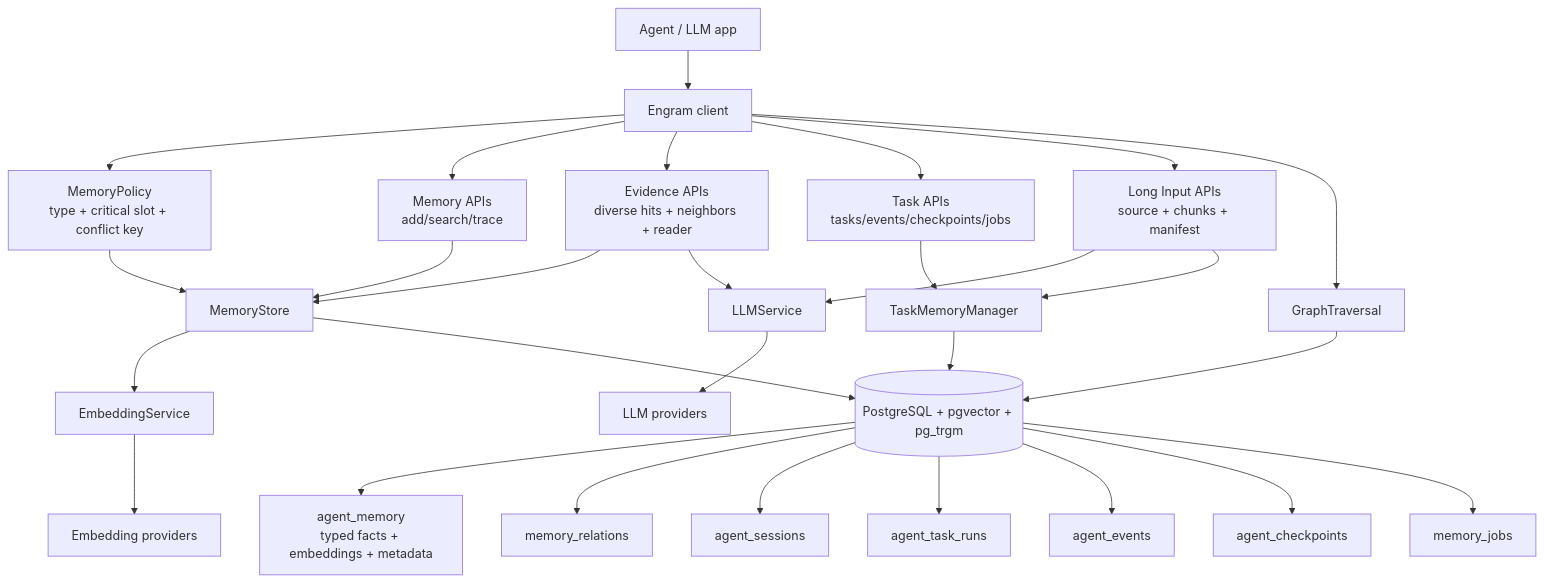
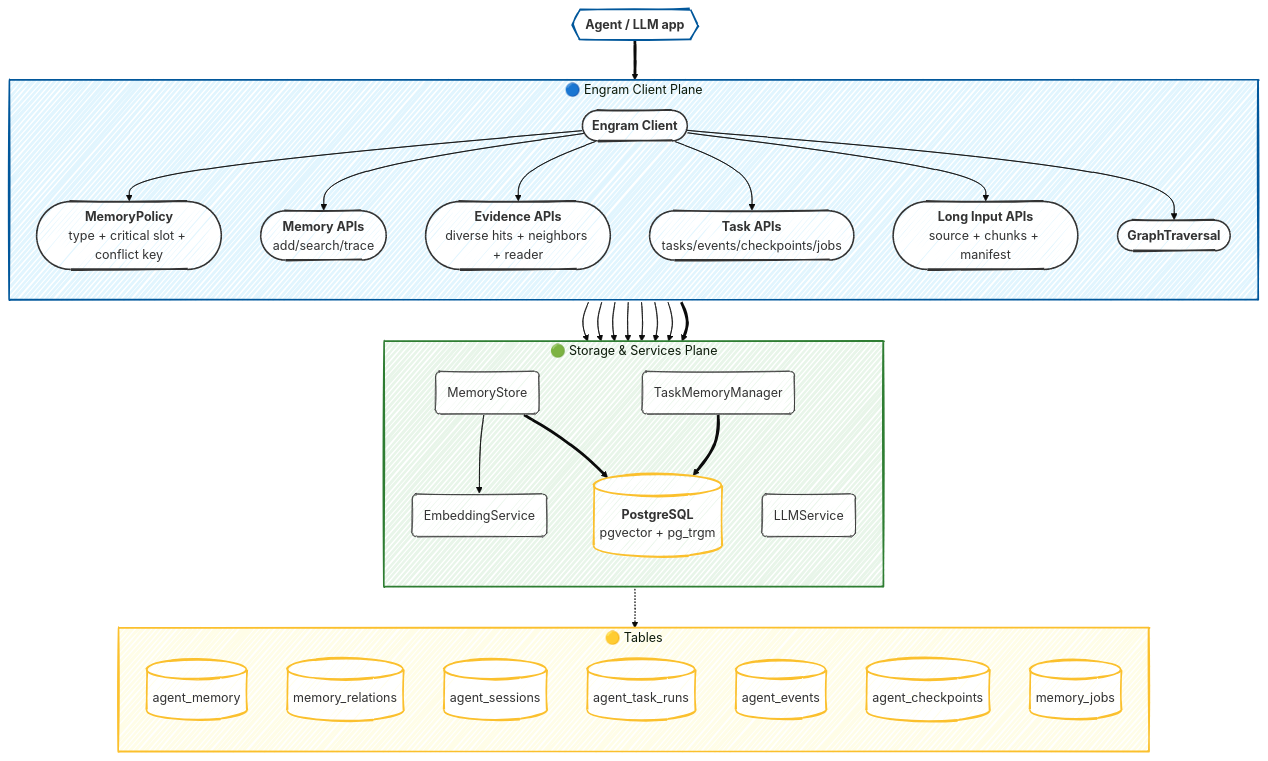
Before and after one commit to ahammadnafiz/engram: the first of 9 diagrams in docs/diagrams.md, drawn with Mermaid. The commit also changed other lines of this file and 27 other files, not shown here.

````diff
--- a/docs/diagrams.md
+++ b/docs/diagrams.md
@@ -5,34 +5,77 @@
 ```mermaid
+---
+config:
+  theme: base
+  look: handDrawn
+  themeVariables:
+    primaryColor: '#e1f5fe'
+    secondaryColor: '#fffde7'
+    tertiaryColor: '#f3e5f5'
+    fourthColor: '#e8f5e9'
+---
 flowchart TD
-    App["Agent / LLM app"] --> Client["Engram client"]
+    %% Input
+    App{{<b>Agent / LLM app</b>}}
 
-    Client --> Policy["MemoryPolicy<br/>type + critical slot + conflict key"]
-    Client --> MemoryAPI["Memory APIs<br/>add/search/trace"]
-    Client --> EvidenceAPI["Evidence APIs<br/>diverse hits + neighbors + reader"]
-    Client --> TaskAPI["Task APIs<br/>tasks/events/checkpoints/jobs"]
-    Client --> LongInput["Long Input APIs<br/>source + chunks + manifest"]
-    Client --> Graph["GraphTraversal"]
+    %% Client Plane
+    subgraph CLIENT_PLANE ["🔵 Engram Client Plane"]
+        direction TB
+        Client([<b>Engram Client</b>])
+        Policy([<b>MemoryPolicy</b><br/>type + critical slot + conflict key])
+        MemoryAPI([<b>Memory APIs</b><br/>add/search/trace])
+        EvidenceAPI([<b>Evidence APIs</b><br/>diverse hits + neighbors + reader])
+        TaskAPI([<b>Task APIs</b><br/>tasks/events/checkpoints/jobs])
+        LongInput([<b>Long Input APIs</b><br/>source + chunks + manifest])
+        Graph([<b>GraphTraversal</b>])
+        
+        Client --> Policy & MemoryAPI & EvidenceAPI & TaskAPI & LongInput & Graph
+    end
 
-    Policy --> MemoryStore["MemoryStore"]
-    MemoryAPI --> MemoryStore
-    EvidenceAPI --> MemoryStore
-    MemoryStore --> Embed["EmbeddingService"]
-    EvidenceAPI --> LLM["LLMService"]
-    LongInput --> LLM
-    Embed --> Providers["Embedding providers"]
-    LLM --> LLMProviders["LLM providers"]
+    %% Services & DB Plane
+    subgraph DATA_PLANE ["🟢 Storage & Services Plane"]
+        direction TB
+        MemoryStore(MemoryStore)
+        TaskMgr(TaskMemoryManager)
+        Embed(EmbeddingService)
+        LLM(LLMService)
+        DB[(<b>PostgreSQL</b><br/>pgvector + pg_trgm)]
+    end
+    
+    %% Connections
+    App ==> Client
+    Policy & MemoryAPI & EvidenceAPI --> MemoryStore
+    TaskAPI & LongInput --> TaskMgr
+    EvidenceAPI & LongInput --> LLM
+    MemoryStore --> Embed
+    
+    MemoryStore & TaskMgr & Graph ==> DB
 
-    TaskAPI --> TaskMgr["TaskMemoryManager"]
-    LongInput --> TaskMgr
-    Graph --> DB[("PostgreSQL + pgvector + pg_trgm")]
-    MemoryStore --> DB
-    TaskMgr --> DB
+    %% DB Tables
+    subgraph TABLES ["🟡 Tables"]
+        direction TB
+        Fact[(agent_memory)]
+        Relations[(memory_relations)]
+        Sessions[(agent_sessions)]
+        Tasks[(agent_task_runs)]
+        Events[(agent_events)]
+        Checkpoints[(agent_checkpoints)]
+        Jobs[(memory_jobs)]
+    end
+    
+    DB -.-> TABLES
 
-    DB --> Fact["agent_memory<br/>typed facts + embeddings + metadata"]
-    DB --> Relations["memory_relations"]
-    DB --> Sessions["agent_sessions"]
-    DB --> Tasks["agent_task_runs"]
-    DB --> Events["agent_events"]
-    DB --> Checkpoints["agent_checkpoints"]
-    DB --> Jobs["memory_jobs"]
+    %% Styling
+    style CLIENT_PLANE fill:#e1f5fe,stroke:#01579b,stroke-width:2px,rx:10,ry:10
+    style DATA_PLANE fill:#e8f5e9,stroke:#2e7d32,stroke-width:2px,rx:10,ry:10
+    style TABLES fill:#fffde7,stroke:#fbc02d,stroke-width:2px,rx:10,ry:10
+
+    classDef process fill:#fff,stroke:#333,stroke-width:1px,rx:8,ry:8;
+    classDef api fill:#fff,stroke:#333,stroke-width:2px,rx:20,ry:20;
+    classDef source fill:#fff,stroke:#01579b,stroke-width:2px;
+    classDef dbnode fill:#fff,stroke:#fbc02d,stroke-width:2px;
+
+    class App source;
+    class Client,Policy,MemoryAPI,EvidenceAPI,TaskAPI,LongInput,Graph api;
+    class MemoryStore,TaskMgr,Embed,LLM process;
+    class DB,Fact,Relations,Sessions,Tasks,Events,Checkpoints,Jobs dbnode;
 ```
````
